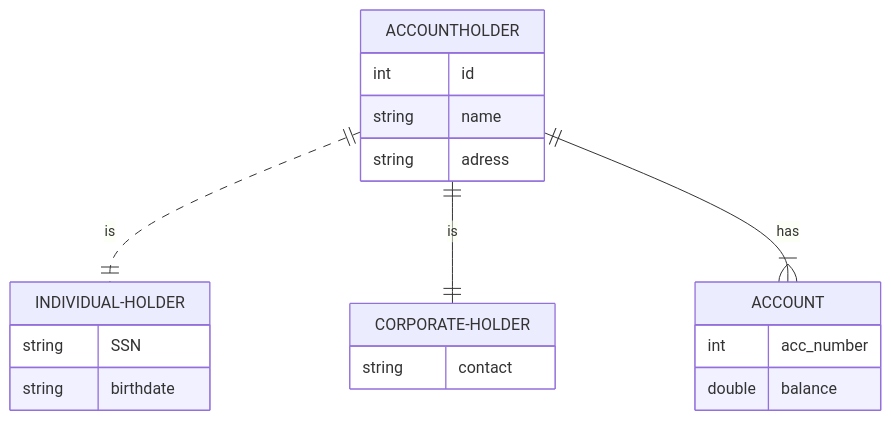
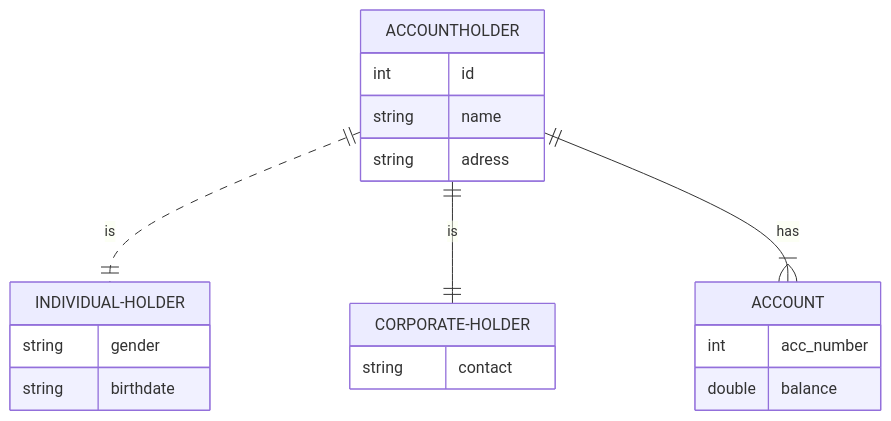
One commit to masrajha/pbo-project changed the second of 2 diagrams in About.md. Above: the diagram before and after it, drawn with Mermaid. The commit also changed other lines of this file and 8 other files, not shown here.

Commit message:
Change Attribute SSN to Gender

````diff
--- a/About.md
+++ b/About.md
@@ -40,22 +40,22 @@
 ```mermaid
 erDiagram
           ACCOUNTHOLDER ||..|| INDIVIDUAL-HOLDER : is
           ACCOUNTHOLDER ||--|| CORPORATE-HOLDER : is
           ACCOUNTHOLDER ||--|{ ACCOUNT: "has"
           ACCOUNTHOLDER {
             int id
             string name
             string adress
           }
           INDIVIDUAL-HOLDER{
-            string SSN
+            string gender
             string birthdate
           }
           CORPORATE-HOLDER{
             string contact
           }
           ACCOUNT{
             int acc_number
             double balance
           }
 ```
````
